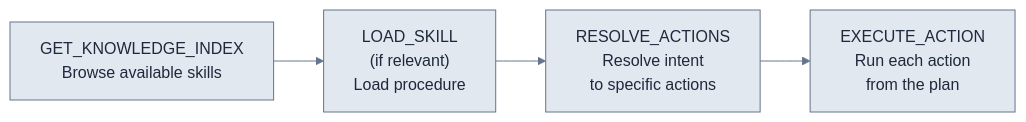
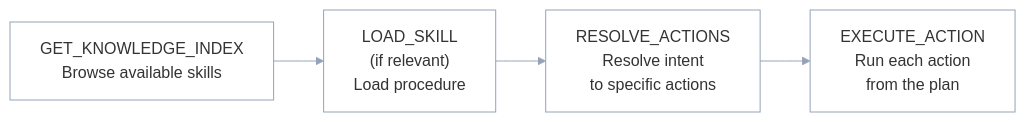
One commit to gocobalt/mintlify-docs changed the diagram in v3/mcp/reference/tools.mdx. Above: the diagram before and after it, drawn with Mermaid. The commit also changed other lines of this file and 8 other files, not shown here.

First line of the commit message:
docs(mcp): second-pass adversarial fixes + mermaid dark-mode fix

````diff
--- a/v3/mcp/reference/tools.mdx
+++ b/v3/mcp/reference/tools.mdx
@@ -202,7 +201,7 @@
 ```mermaid
-%%{init: {'theme':'base','themeVariables':{'primaryColor':'#E2E8F0','primaryTextColor':'#1E293B','primaryBorderColor':'#64748B','lineColor':'#64748B','secondaryColor':'#E2E8F0','tertiaryColor':'#F1F5F9','tertiaryTextColor':'#1E293B'}}}%%
+%%{init: {'theme':'base','themeVariables':{'primaryColor':'transparent','secondaryColor':'transparent','tertiaryColor':'transparent','mainBkg':'transparent','clusterBkg':'transparent','edgeLabelBackground':'transparent','primaryBorderColor':'#94a3b8','clusterBorder':'#94a3b8','lineColor':'#94a3b8','actorBkg':'transparent','actorBorder':'#94a3b8','signalColor':'#94a3b8','noteBkgColor':'transparent','noteBorderColor':'#94a3b8'}}}%%
 flowchart LR
     A["GET_KNOWLEDGE_INDEX<br/>Browse available skills"] --> B["LOAD_SKILL<br/>(if relevant)<br/>Load procedure"]
     B --> C["RESOLVE_ACTIONS<br/>Resolve intent<br/>to specific actions"]
     C --> D["EXECUTE_ACTION<br/>Run each action<br/>from the plan"]
 ```
````
